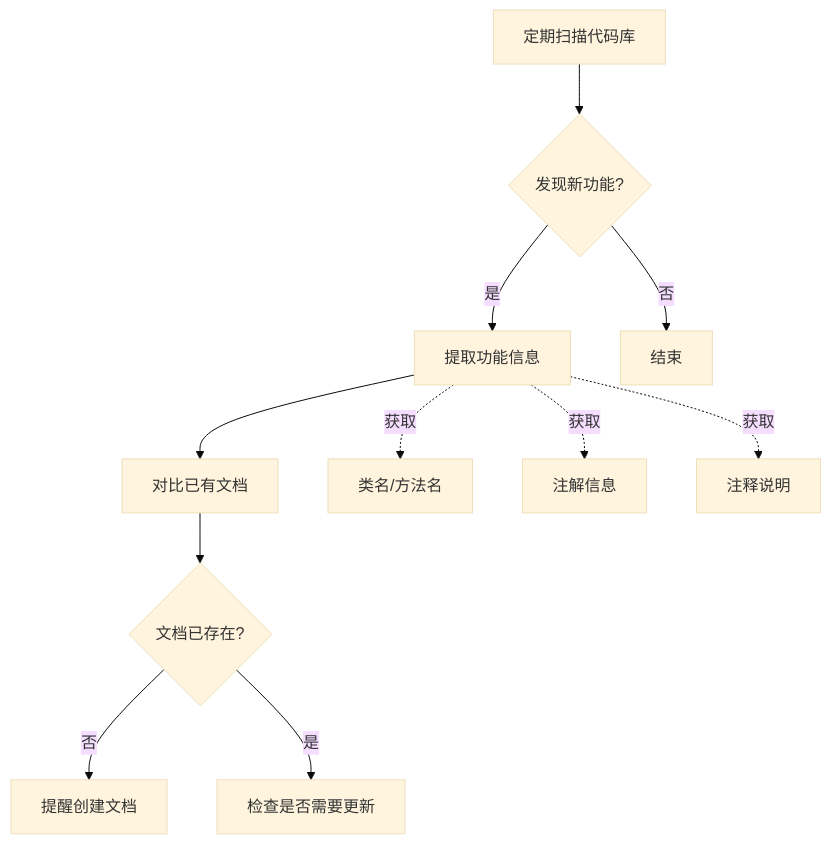
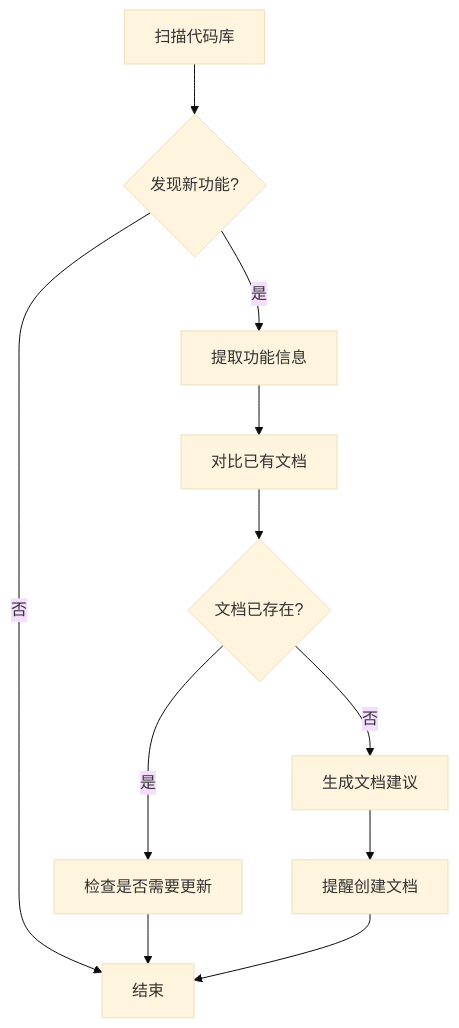
Before and after one commit to smartboot/feat: the fifth of 6 diagrams in .agents/skills/feat-docs-tutorial/09-toc-manager.md, drawn with Mermaid (base theme). The commit also changed other lines of this file, not shown here.

````diff
--- a/.agents/skills/feat-docs-tutorial/09-toc-manager.md
+++ b/.agents/skills/feat-docs-tutorial/09-toc-manager.md
@@ -96,14 +193,13 @@
 ```mermaid
 flowchart TD
-    A[定期扫描代码库] --> B{发现新功能?}
+    A[扫描代码库] --> B{发现新功能?}
     B -->|是| C[提取功能信息]
     C --> D[对比已有文档]
     D --> E{文档已存在?}
-    E -->|否| F[提醒创建文档]
-    E -->|是| G[检查是否需要更新]
-    B -->|否| H[结束]
-    
-    C -.->|获取| C1[类名/方法名]
-    C -.->|获取| C2[注解信息]
-    C -.->|获取| C3[注释说明]
+    E -->|否| F[生成文档建议]
+    F --> G[提醒创建文档]
+    E -->|是| H[检查是否需要更新]
+    B -->|否| I[结束]
+    H --> I
+    G --> I
 ```
````
